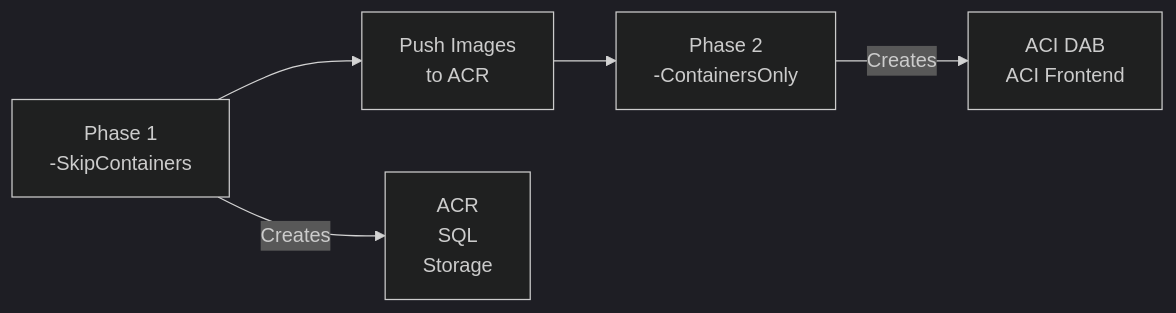
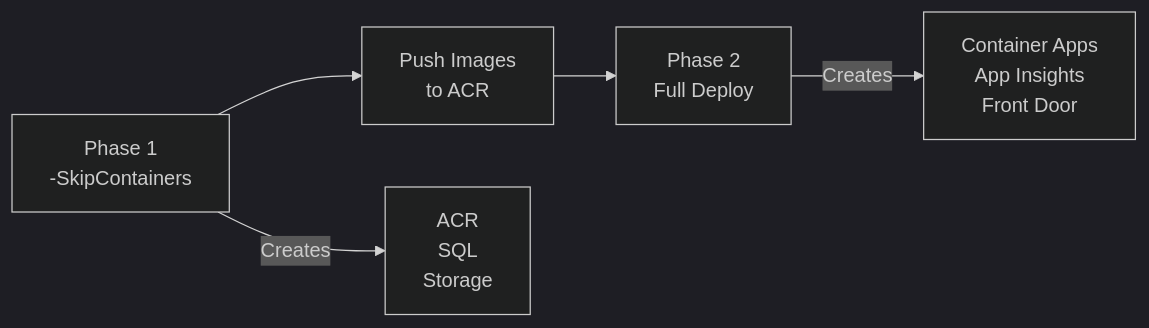
One commit to fgarofalo56/azure-dab-fullstack-demo changed the diagram in docs/deployment-guide-scripts.md. Above: the diagram before and after it, drawn with Mermaid (dark theme). The commit also changed other lines of this file and 40 other files, not shown here.

````diff
--- a/docs/deployment-guide-scripts.md
+++ b/docs/deployment-guide-scripts.md
@@ -397,8 +442,8 @@
 ```mermaid
 flowchart LR
     A[Phase 1<br/>-SkipContainers] --> B[Push Images<br/>to ACR]
-    B --> C[Phase 2<br/>-ContainersOnly]
+    B --> C[Phase 2<br/>Full Deploy]
 
     A --> |Creates| D[ACR<br/>SQL<br/>Storage]
-    C --> |Creates| E[ACI DAB<br/>ACI Frontend]
+    C --> |Creates| E[Container Apps<br/>App Insights<br/>Front Door]
 ```
````
